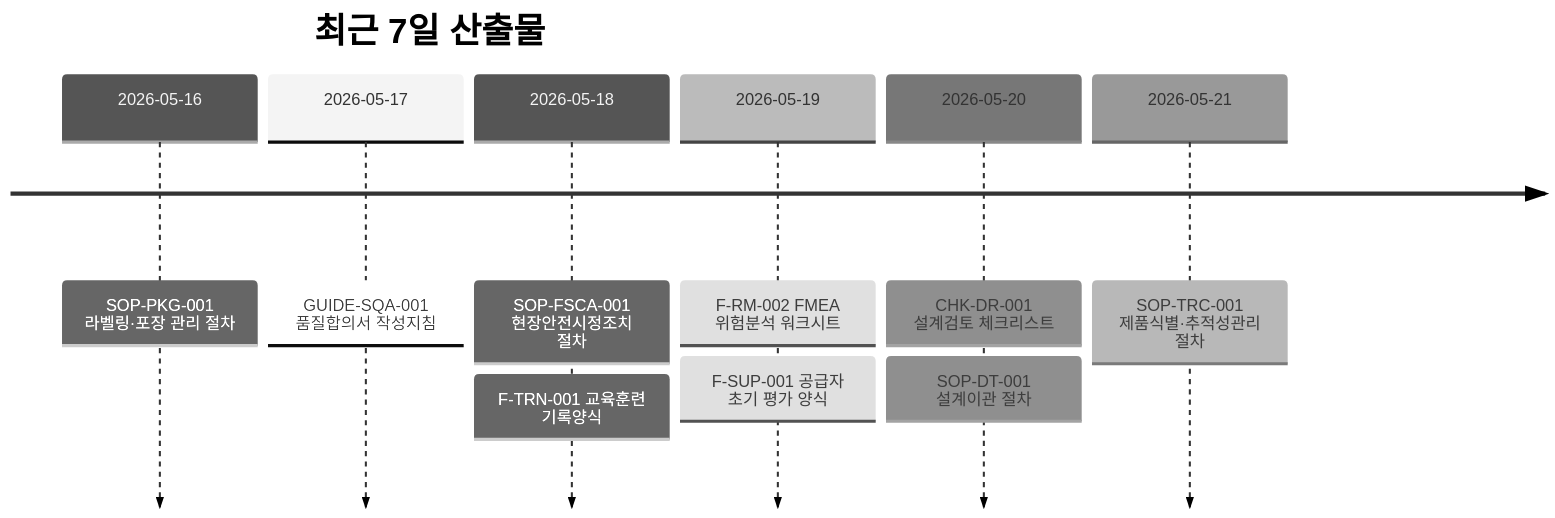
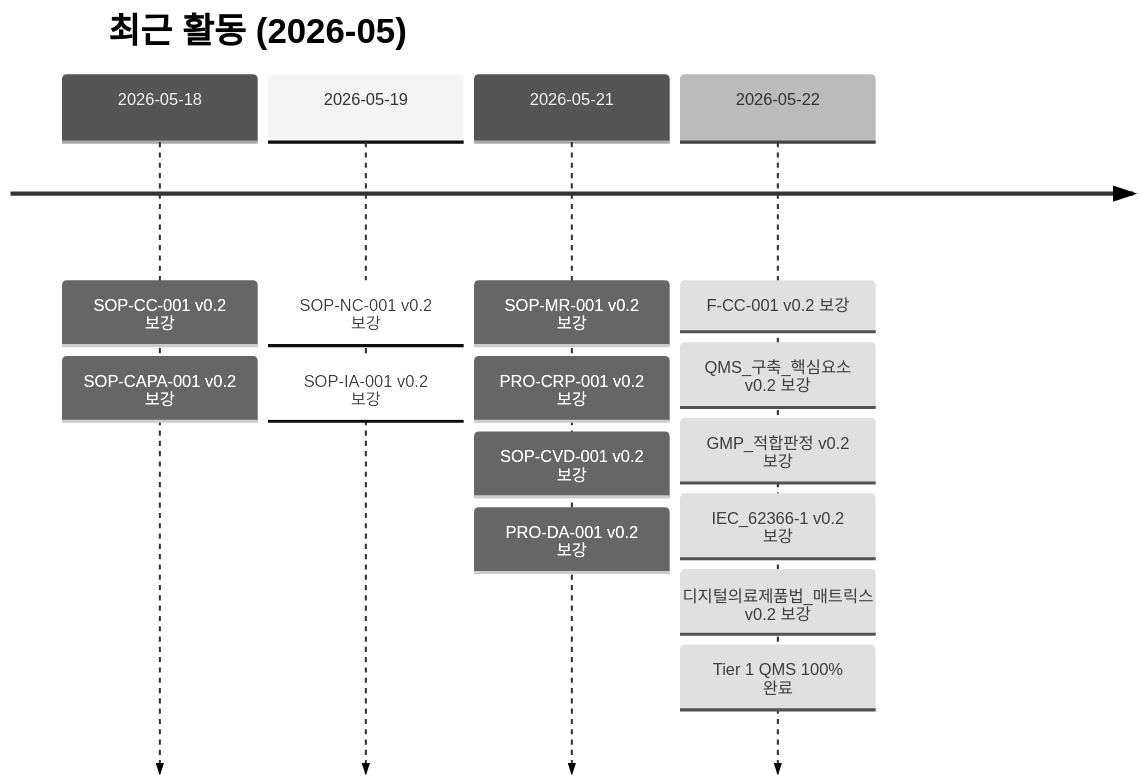
The third of 4 diagrams in README.md (holee9/MD-process), drawn with Mermaid (neutral theme) before and after one commit. The commit also changed other lines of this file, not shown here.

Commit message:
docs(readme): 진행현황 2026-05-22 — v0.2+ 32/68(47%), Tier1 QMS 100% 완료

````diff
--- a/README.md
+++ b/README.md
@@ -143,13 +138,18 @@
 ```mermaid
 timeline
-    title 최근 7일 산출물
-    2026-05-16 : SOP-PKG-001 라벨링·포장 관리 절차
-    2026-05-17 : GUIDE-SQA-001 품질합의서 작성지침
-    2026-05-18 : SOP-FSCA-001 현장안전시정조치 절차
-               : F-TRN-001 교육훈련 기록양식
-    2026-05-19 : F-RM-002 FMEA 위험분석 워크시트
-               : F-SUP-001 공급자 초기 평가 양식
-    2026-05-20 : CHK-DR-001 설계검토 체크리스트
-               : SOP-DT-001 설계이관 절차
-    2026-05-21 : SOP-TRC-001 제품식별·추적성관리 절차
+    title 최근 활동 (2026-05)
+    2026-05-18 : SOP-CC-001 v0.2 보강
+               : SOP-CAPA-001 v0.2 보강
+    2026-05-19 : SOP-NC-001 v0.2 보강
+               : SOP-IA-001 v0.2 보강
+    2026-05-21 : SOP-MR-001 v0.2 보강
+               : PRO-CRP-001 v0.2 보강
+               : SOP-CVD-001 v0.2 보강
+               : PRO-DA-001 v0.2 보강
+    2026-05-22 : F-CC-001 v0.2 보강
+               : QMS_구축_핵심요소 v0.2 보강
+               : GMP_적합판정 v0.2 보강
+               : IEC_62366-1 v0.2 보강
+               : 디지털의료제품법_매트릭스 v0.2 보강
+               : Tier 1 QMS 100% 완료
 ```
````
